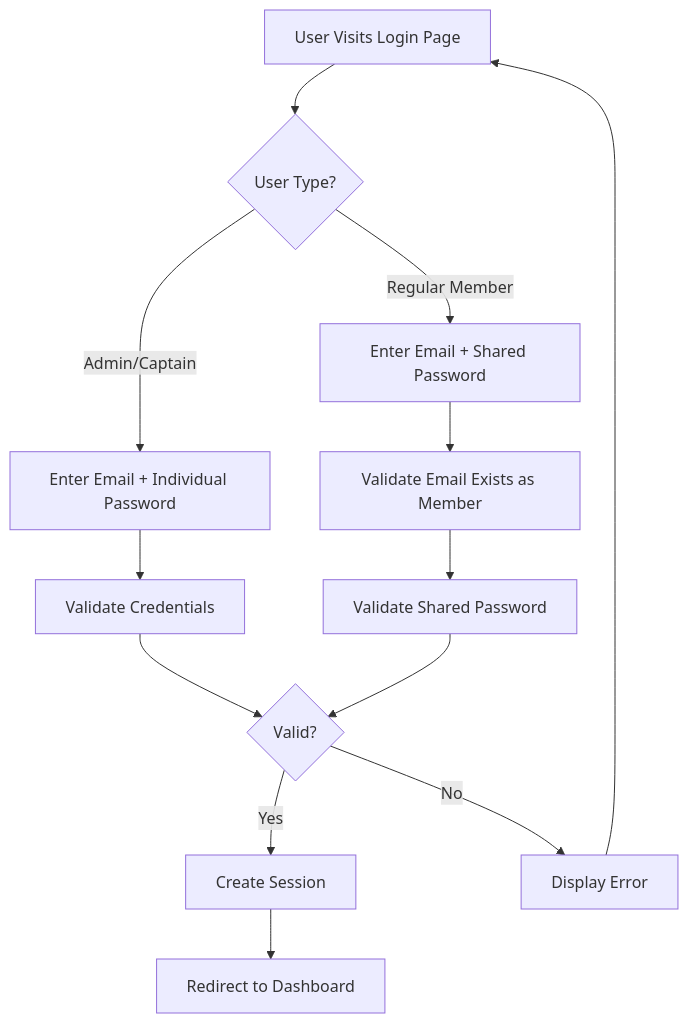
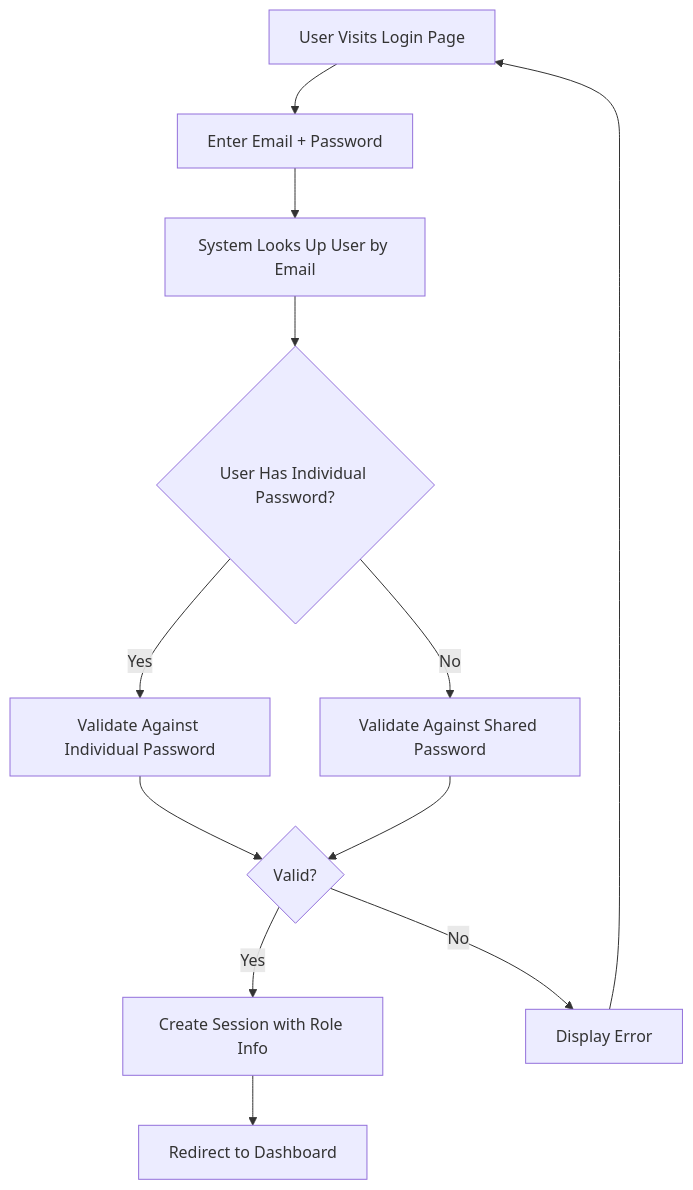
One commit to keschae/golf-app-claude changed the second of 6 diagrams in specs.md. Above: the diagram before and after it, drawn with Mermaid. The commit also changed other lines of this file and 5 other files, not shown here.

````diff
--- a/specs.md
+++ b/specs.md
@@ -122,15 +122,14 @@
 ```mermaid
 flowchart TD
-    A[User Visits Login Page] --> B{User Type?}
-    B -->|Admin/Captain| C[Enter Email + Individual Password]
-    B -->|Regular Member| D[Enter Email + Shared Password]
-    C --> E[Validate Credentials]
-    D --> F[Validate Email Exists as Member]
-    F --> G[Validate Shared Password]
-    E --> H{Valid?}
-    G --> H
-    H -->|Yes| I[Create Session]
-    H -->|No| J[Display Error]
-    I --> K[Redirect to Dashboard]
-    J --> A
+    A[User Visits Login Page] --> B[Enter Email + Password]
+    B --> C[System Looks Up User by Email]
+    C --> D{User Has Individual Password?}
+    D -->|Yes| E[Validate Against Individual Password]
+    D -->|No| F[Validate Against Shared Password]
+    E --> G{Valid?}
+    F --> G
+    G -->|Yes| H[Create Session with Role Info]
+    G -->|No| I[Display Error]
+    H --> J[Redirect to Dashboard]
+    I --> A
 ```
````
